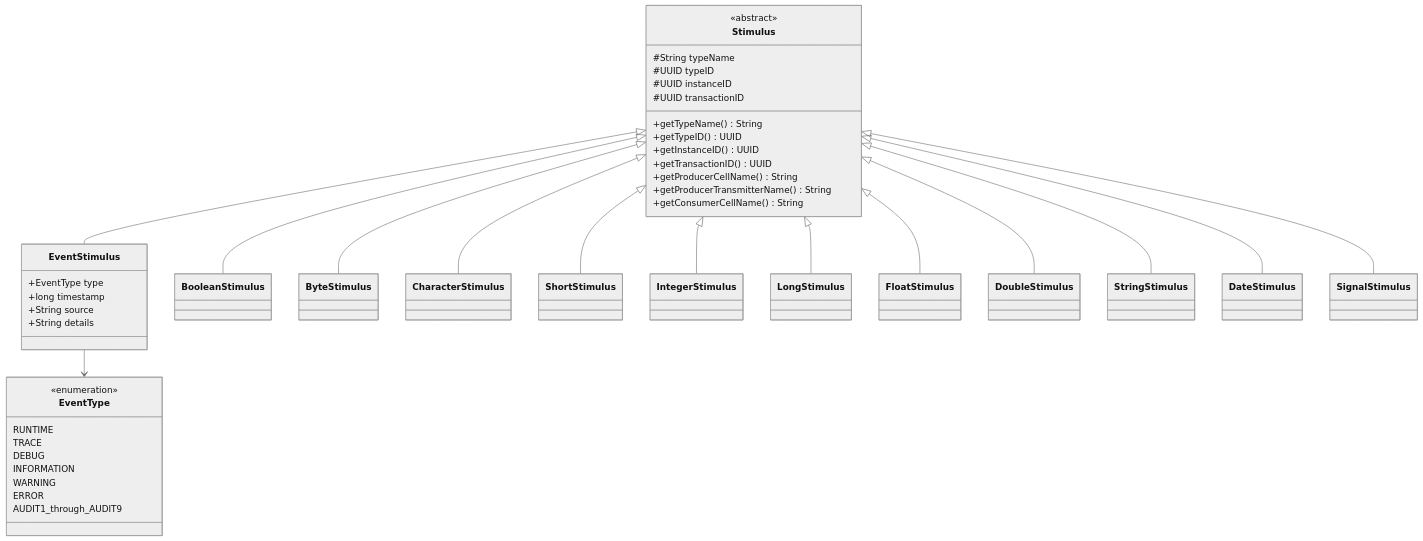
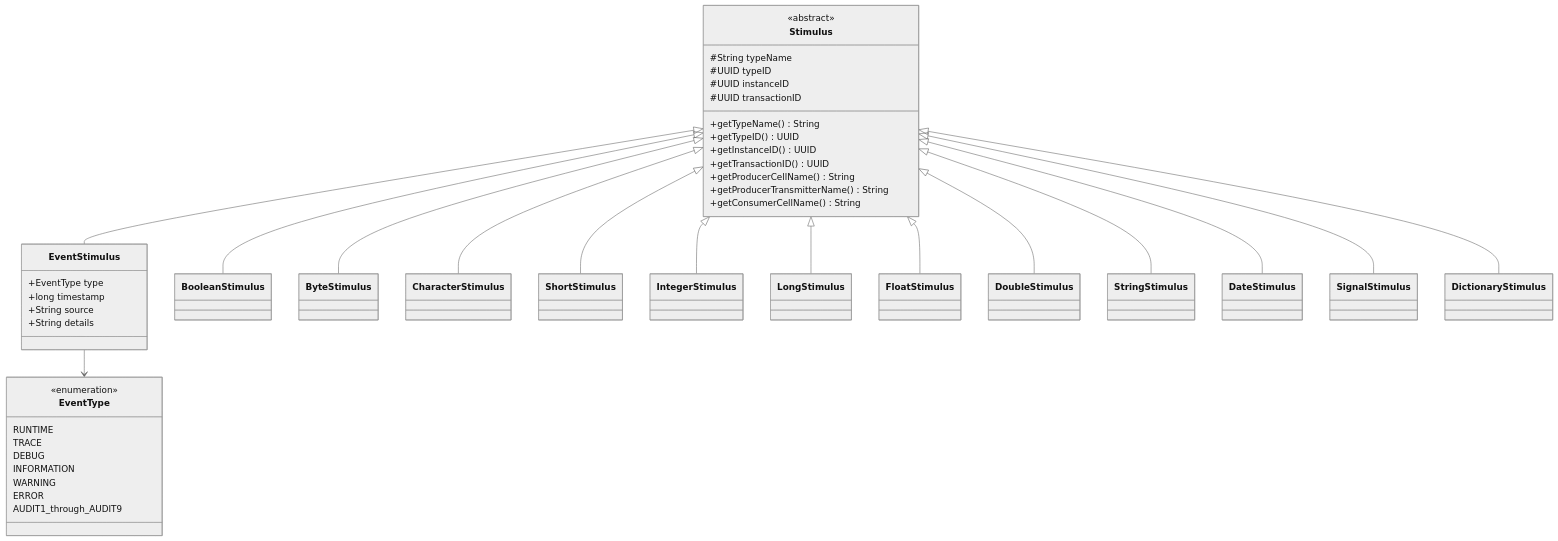
One commit to commence-software/NeuPaths2 changed the seventh of 7 diagrams in documents/design/02-domain-model.md. Above: the diagram before and after it, drawn with Mermaid (neutral theme). The commit also changed other lines of this file and 9 other files, not shown here.

````diff
--- a/documents/design/02-domain-model.md
+++ b/documents/design/02-domain-model.md
@@ -341,59 +372,61 @@
 ```mermaid
 classDiagram
     class Stimulus {
         <<abstract>>
         #String typeName
         #UUID typeID
         #UUID instanceID
         #UUID transactionID
         +getTypeName() String
         +getTypeID() UUID
         +getInstanceID() UUID
         +getTransactionID() UUID
         +getProducerCellName() String
         +getProducerTransmitterName() String
         +getConsumerCellName() String
     }
     class EventStimulus {
         +EventType type
         +long timestamp
         +String source
         +String details
     }
     class EventType {
         <<enumeration>>
         RUNTIME
         TRACE
         DEBUG
         INFORMATION
         WARNING
         ERROR
         AUDIT1_through_AUDIT9
     }
 
     class BooleanStimulus
     class ByteStimulus
     class CharacterStimulus
     class ShortStimulus
     class IntegerStimulus
     class LongStimulus
     class FloatStimulus
     class DoubleStimulus
     class StringStimulus
     class DateStimulus
     class SignalStimulus
+    class DictionaryStimulus
 
     Stimulus <|-- EventStimulus
     EventStimulus --> EventType
     Stimulus <|-- BooleanStimulus
     Stimulus <|-- ByteStimulus
     Stimulus <|-- CharacterStimulus
     Stimulus <|-- ShortStimulus
     Stimulus <|-- IntegerStimulus
     Stimulus <|-- LongStimulus
     Stimulus <|-- FloatStimulus
     Stimulus <|-- DoubleStimulus
     Stimulus <|-- StringStimulus
     Stimulus <|-- DateStimulus
     Stimulus <|-- SignalStimulus
+    Stimulus <|-- DictionaryStimulus
 ```
````
